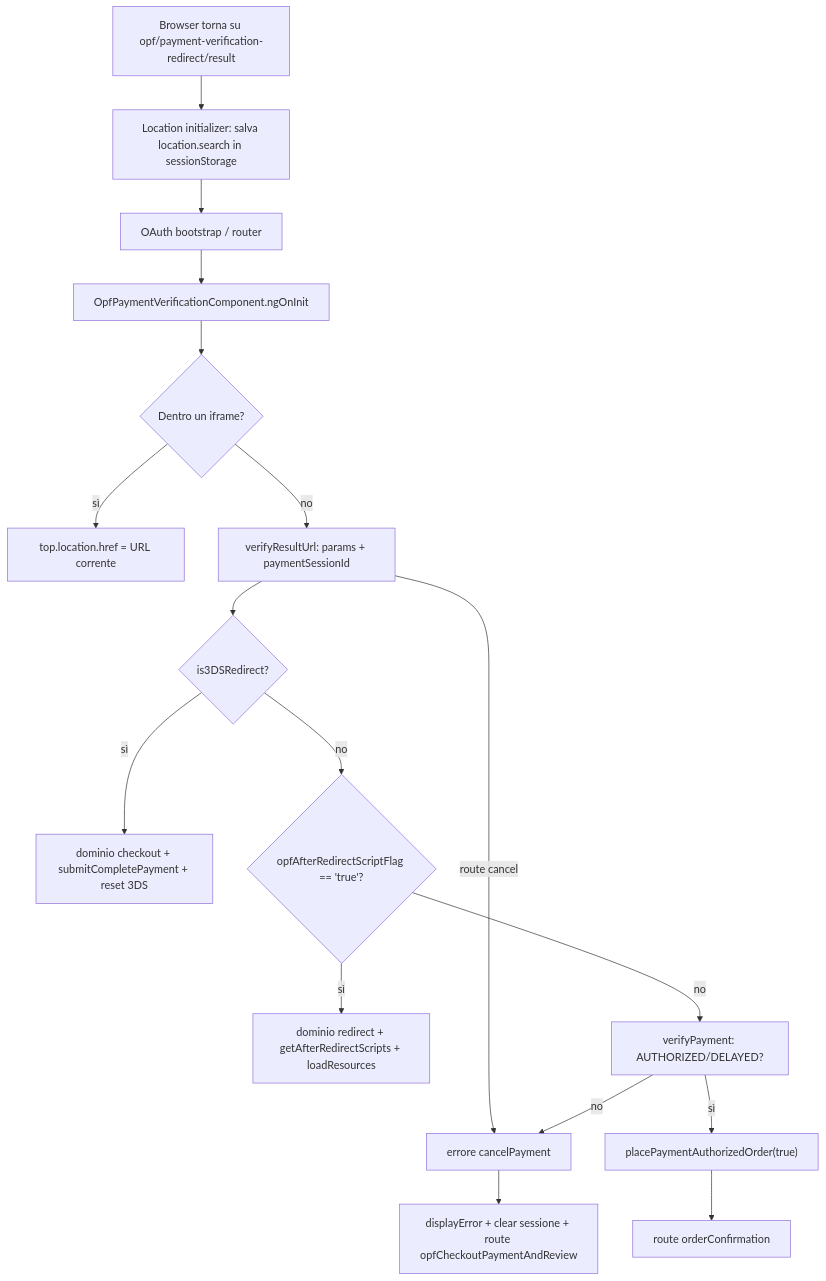
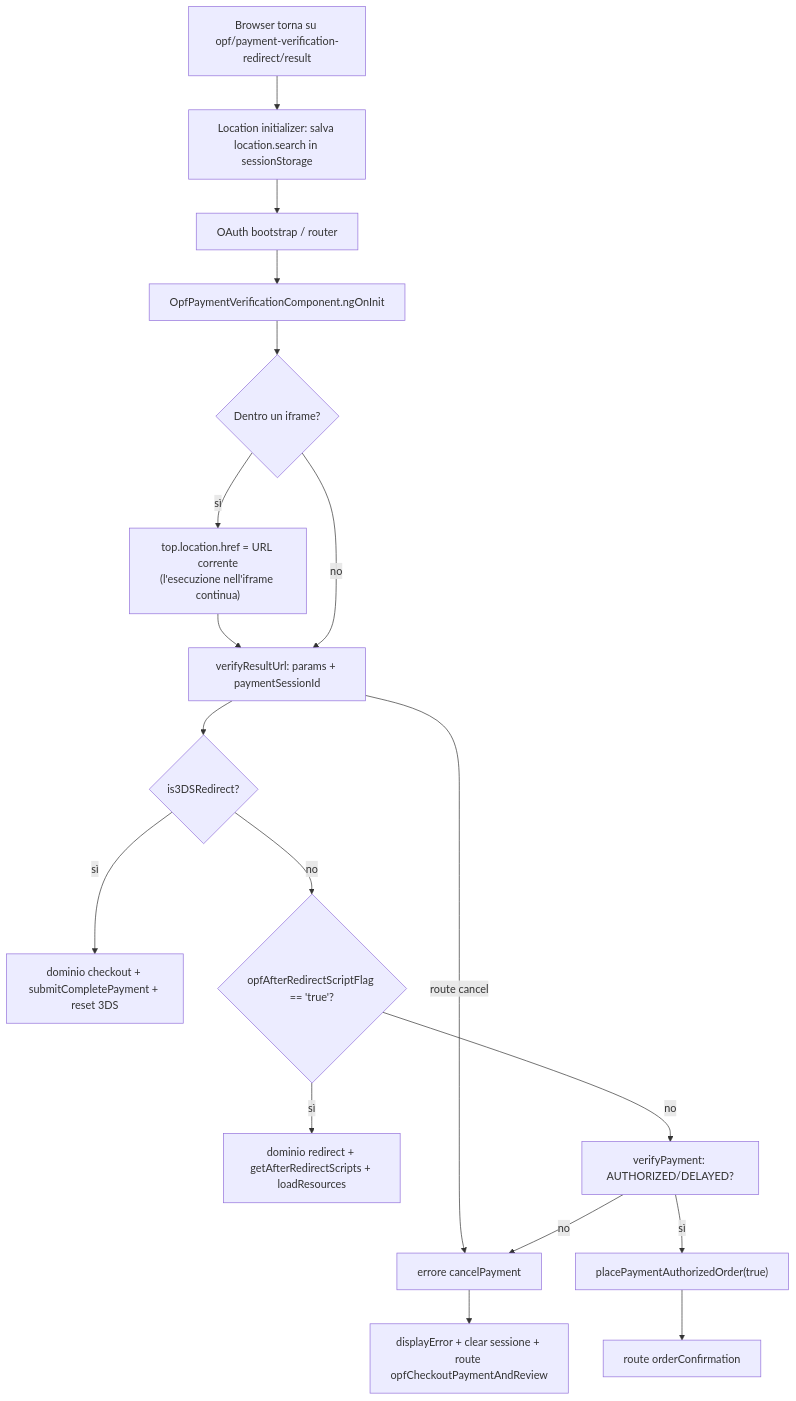
The second of 3 diagrams in docs/spartacus-book/parte-2/35-integration-opf-payments.md (mgiuditta/spartacus), drawn with Mermaid before and after one commit. The commit also changed other lines of this file and 1 other file, not shown here.

````diff
--- a/docs/spartacus-book/parte-2/35-integration-opf-payments.md
+++ b/docs/spartacus-book/parte-2/35-integration-opf-payments.md
@@ -254,19 +254,20 @@
 ```mermaid
 flowchart TD
     A["Browser torna su opf/payment-verification-redirect/result"] --> B["Location initializer: salva location.search in sessionStorage"]
     B --> C["OAuth bootstrap / router"]
     C --> D["OpfPaymentVerificationComponent.ngOnInit"]
     D --> E{"Dentro un iframe?"}
-    E -- "sì" --> E1["top.location.href = URL corrente"]
+    E -- "sì" --> E1["top.location.href = URL corrente<br/>(l'esecuzione nell'iframe continua)"]
+    E1 --> F
     E -- "no" --> F["verifyResultUrl: params + paymentSessionId"]
     F -->|"route cancel"| X["errore cancelPayment"]
     F --> G{"is3DSRedirect?"}
     G -- "sì" --> H["dominio checkout + submitCompletePayment + reset 3DS"]
     G -- "no" --> I{"opfAfterRedirectScriptFlag == 'true'?"}
     I -- "sì" --> J["dominio redirect + getAfterRedirectScripts + loadResources"]
     I -- "no" --> K["verifyPayment: AUTHORIZED/DELAYED?"]
     K -- "sì" --> L["placePaymentAuthorizedOrder(true)"]
     L --> M["route orderConfirmation"]
     K -- "no" --> X
     X --> N["displayError + clear sessione + route opfCheckoutPaymentAndReview"]
 ```
````
